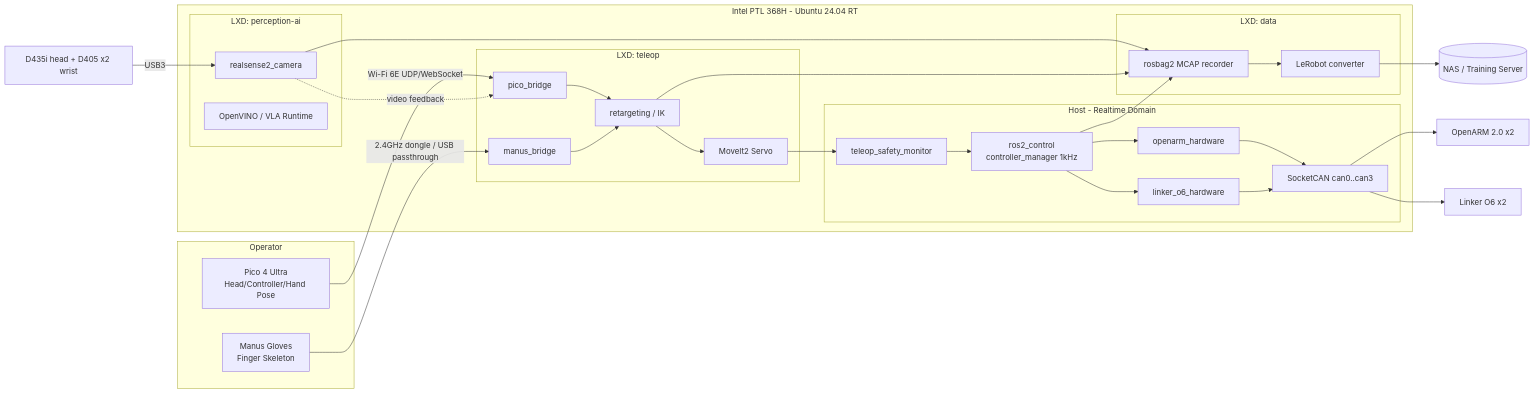
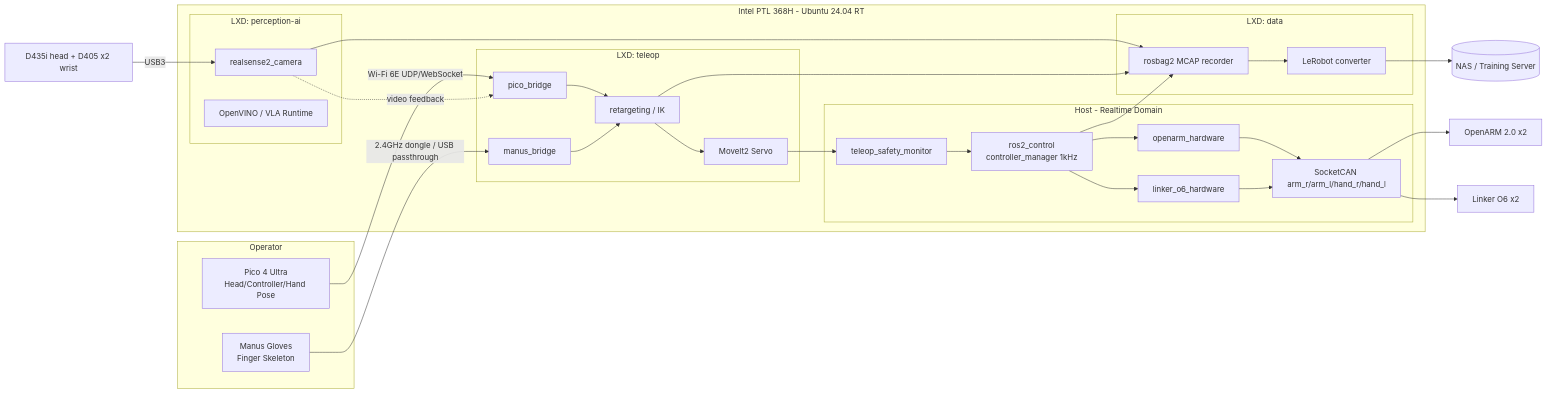
Before and after one commit to yanghc18/intel-teleop-data-collection: the first of 3 diagrams in docs/plan.md, drawn with Mermaid. The commit also changed other lines of this file and 2 other files, not shown here.

````diff
--- a/docs/plan.md
+++ b/docs/plan.md
@@ -31,48 +31,48 @@
 ```mermaid
 flowchart LR
   subgraph Operator
     PICO[Pico 4 Ultra<br/>Head/Controller/Hand Pose]
     MANUS[Manus Gloves<br/>Finger Skeleton]
   end
   subgraph PTL[Intel PTL 368H - Ubuntu 24.04 RT]
     subgraph HOST[Host - Realtime Domain]
-      CAN[SocketCAN can0..can3]
+      CAN[SocketCAN arm_r/arm_l/hand_r/hand_l]
       RC[ros2_control<br/>controller_manager 1kHz]
       HWA[openarm_hardware]
       HWL[linker_o6_hardware]
       SAFE[teleop_safety_monitor]
     end
     subgraph LXD_TELEOP[LXD: teleop]
       PB[pico_bridge]
       MB[manus_bridge]
       RT[retargeting / IK]
       MV[MoveIt2 Servo]
     end
     subgraph LXD_PERC[LXD: perception-ai]
       RS[realsense2_camera]
       OV[OpenVINO / VLA Runtime]
     end
     subgraph LXD_DATA[LXD: data]
       REC[rosbag2 MCAP recorder]
       CONV[LeRobot converter]
     end
   end
   OPENARM[OpenARM 2.0 x2]
   O6[Linker O6 x2]
   CAMS[D435i head + D405 x2 wrist]
   NAS[(NAS / Training Server)]
 
   PICO -- Wi-Fi 6E UDP/WebSocket --> PB
   MANUS -- 2.4GHz dongle / USB passthrough --> MB
   PB --> RT
   MB --> RT
   RT --> MV --> SAFE --> RC
   RC --> HWA --> CAN --> OPENARM
   RC --> HWL --> CAN --> O6
   CAMS -- USB3 --> RS
   RS --> REC
   RC --> REC
   RT --> REC
   REC --> CONV --> NAS
   RS -. video feedback .-> PB
 ```
````
